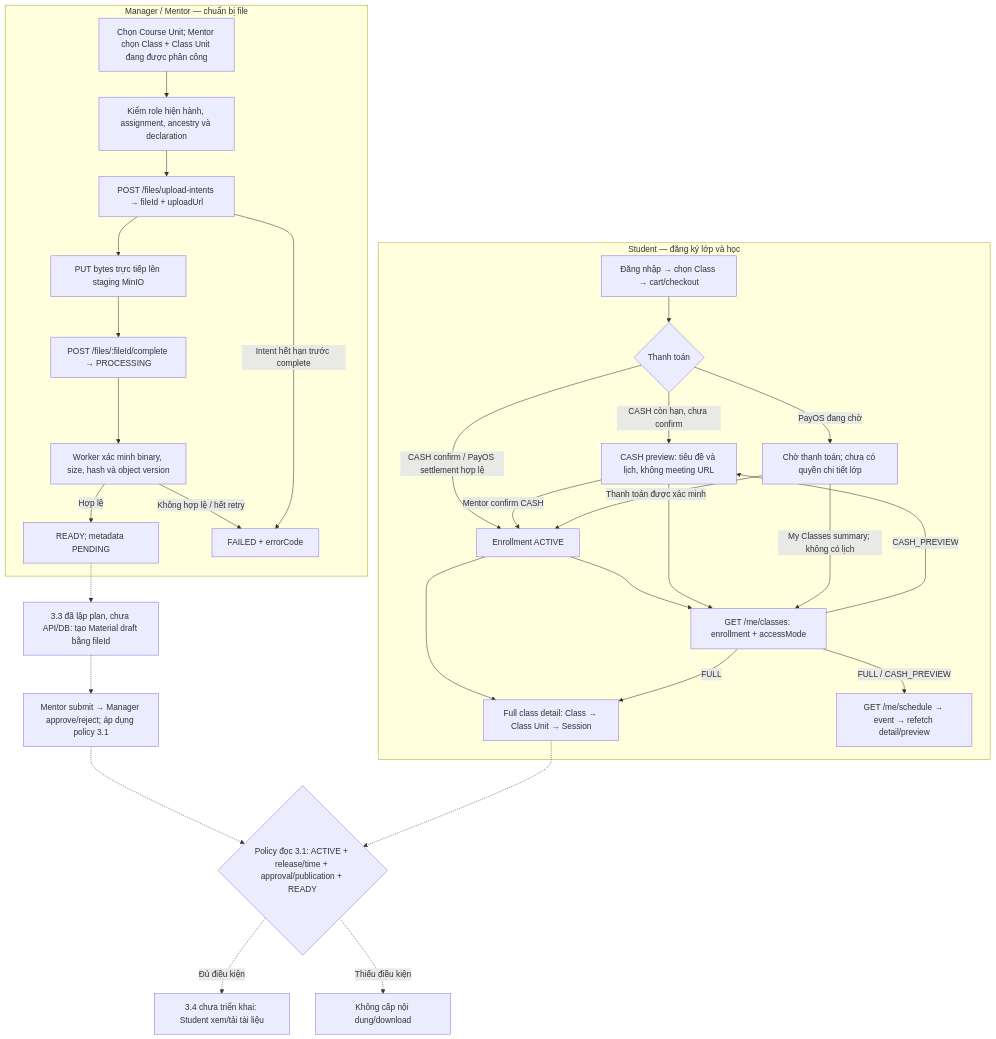
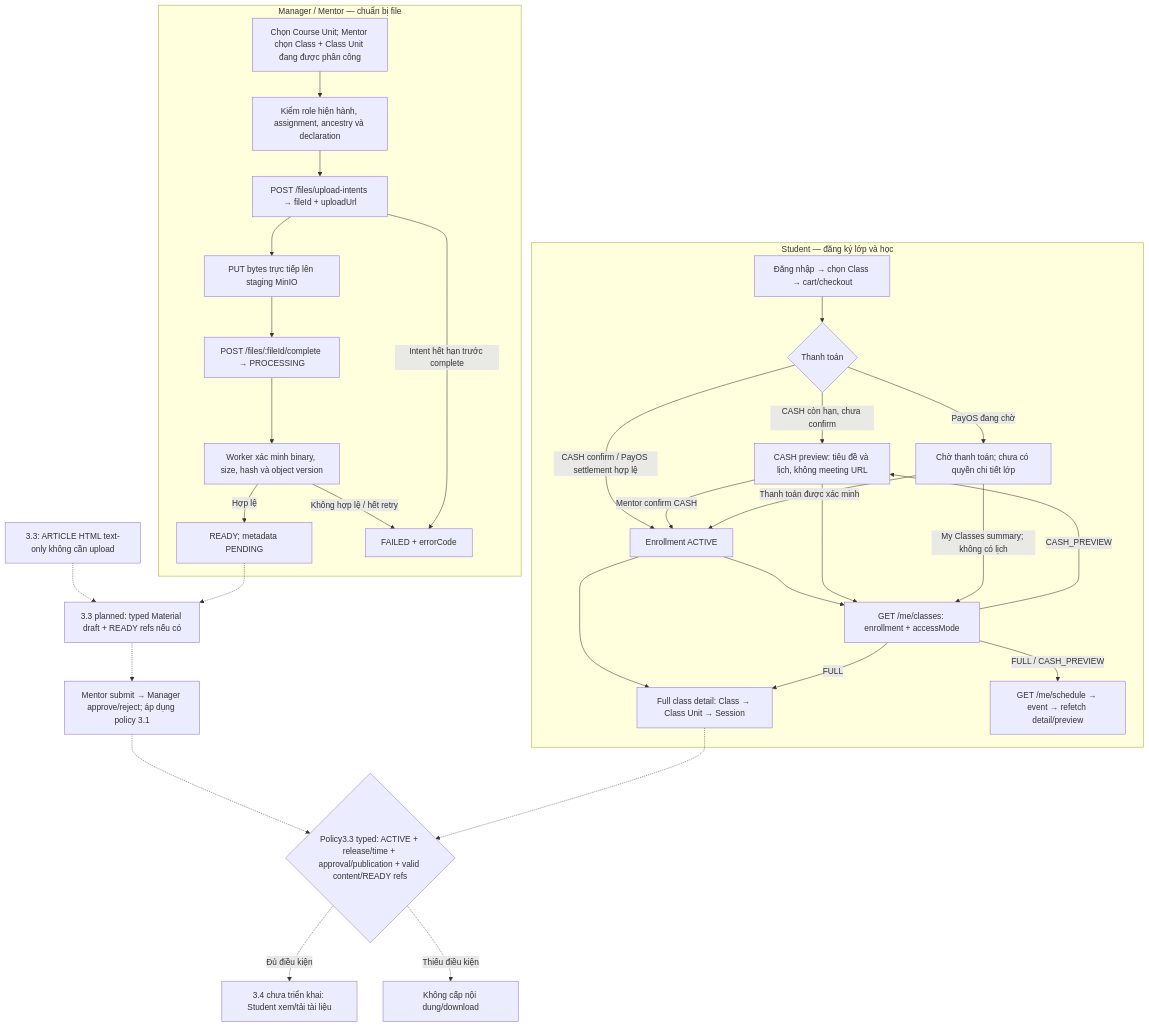
The first of 2 diagrams in docs/api_flow/PHASE_2_3_TO_3_2_FLOW.md (nhathuyck1/Mindy-BE), drawn with Mermaid before and after one commit. The commit also changed other lines of this file and 15 other files, not shown here.

````diff
--- a/docs/api_flow/PHASE_2_3_TO_3_2_FLOW.md
+++ b/docs/api_flow/PHASE_2_3_TO_3_2_FLOW.md
@@ -36,34 +37,35 @@
 ```mermaid
 flowchart TD
   subgraph STUDENT["Student — đăng ký lớp và học"]
     S["Đăng nhập → chọn Class → cart/checkout"] --> O{"Thanh toán"}
     O -->|"CASH còn hạn, chưa confirm"| CP["CASH preview: tiêu đề và lịch, không meeting URL"]
     O -->|"PayOS đang chờ"| PP["Chờ thanh toán; chưa có quyền chi tiết lớp"]
     O -->|"CASH confirm / PayOS settlement hợp lệ"| EN["Enrollment ACTIVE"]
     EN --> DETAIL["Full class detail: Class → Class Unit → Session"]
     CP -->|"Mentor confirm CASH"| EN
     PP -->|"Thanh toán được xác minh"| EN
     EN --> MY["GET /me/classes: enrollment + accessMode"]
     CP --> MY
     PP -->|"My Classes summary; không có lịch"| MY
     MY -->|FULL| DETAIL
     MY -->|CASH_PREVIEW| CP
     MY -->|"FULL / CASH_PREVIEW"| CAL["GET /me/schedule → event → refetch detail/preview"]
   end
   subgraph AUTHOR["Manager / Mentor — chuẩn bị file"]
     U["Chọn Course Unit; Mentor chọn Class + Class Unit đang được phân công"] --> AUTH["Kiểm role hiện hành, assignment, ancestry và declaration"]
     AUTH --> INT["POST /files/upload-intents → fileId + uploadUrl"]
     INT --> PUT["PUT bytes trực tiếp lên staging MinIO"]
     PUT --> COMPLETE["POST /files/:fileId/complete → PROCESSING"]
     COMPLETE --> WORK["Worker xác minh binary, size, hash và object version"]
     WORK -->|"Hợp lệ"| READY["READY; metadata PENDING"]
     WORK -->|"Không hợp lệ / hết retry"| FAILED["FAILED + errorCode"]
     INT -->|"Intent hết hạn trước complete"| FAILED
   end
-  READY -.-> MAT["3.3 đã lập plan, chưa API/DB: tạo Material draft bằng fileId"]
+  ARTICLE["3.3: ARTICLE HTML text-only không cần upload"] -.-> MAT
+  READY -.-> MAT["3.3 planned: typed Material draft + READY refs nếu có"]
   MAT -.-> REVIEW["Mentor submit → Manager approve/reject; áp dụng policy 3.1"]
-  REVIEW -.-> GATE{"Policy đọc 3.1: ACTIVE + release/time + approval/publication + READY"}
+  REVIEW -.-> GATE{"Policy3.3 typed: ACTIVE + release/time + approval/publication + valid content/READY refs"}
   DETAIL -.-> GATE
   GATE -.->|"Đủ điều kiện"| READ["3.4 chưa triển khai: Student xem/tải tài liệu"]
   GATE -.->|"Thiếu điều kiện"| DENY["Không cấp nội dung/download"]
 ```
````
